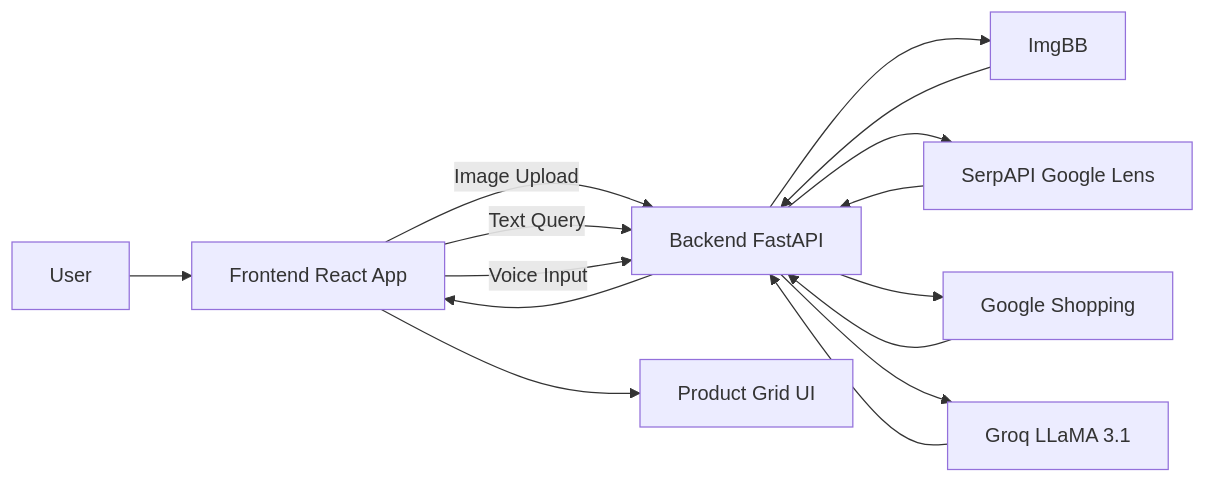
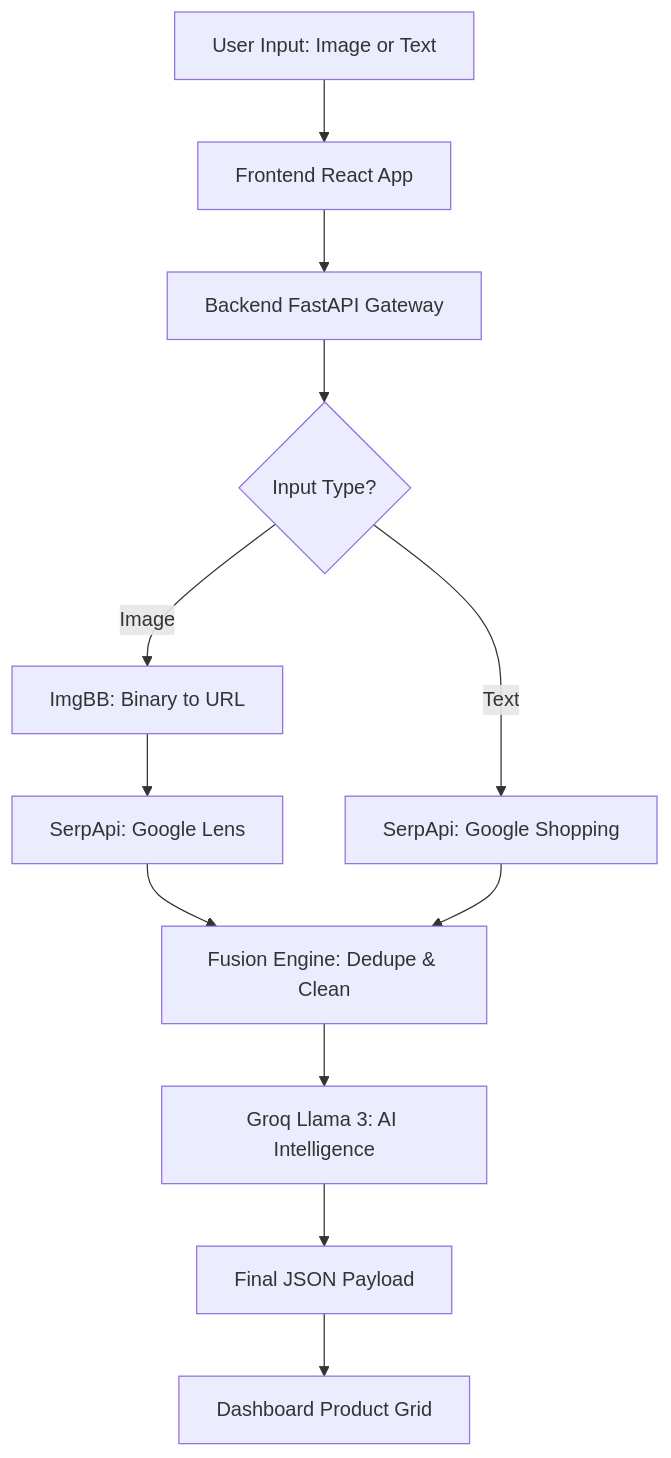
Before and after one commit to shahrozebaig/ShopSight-AI: the first of 4 diagrams in ARCHITECTURE.md, drawn with Mermaid. The commit also changed other lines of this file and 8 other files, not shown here.

````diff
--- a/ARCHITECTURE.md
+++ b/ARCHITECTURE.md
@@ -24,22 +3,18 @@
 ```mermaid
-flowchart LR
-
-U[User] --> F[Frontend React App]
-
-F -->|Image Upload| B1[Backend FastAPI]
-F -->|Text Query| B1
-F -->|Voice Input| B1
-
-B1 --> IMG[ImgBB]
-B1 --> SERP[SerpAPI Google Lens]
-B1 --> SHOP[Google Shopping]
-B1 --> AI[Groq LLaMA 3.1]
-
-IMG --> B1
-SERP --> B1
-SHOP --> B1
-AI --> B1
-
-B1 --> F
-F --> UI[Product Grid UI]
+graph TD
+    USER[User Input: Image or Text] --> FRONT[Frontend React App]
+    FRONT --> BACK[Backend FastAPI Gateway]
+    
+    BACK --> TYPE{Input Type?}
+    
+    TYPE -->|Image| IBB[ImgBB: Binary to URL]
+    IBB --> LENS[SerpApi: Google Lens]
+    LENS --> FUSION
+    
+    TYPE -->|Text| SHOP[SerpApi: Google Shopping]
+    SHOP --> FUSION[Fusion Engine: Dedupe & Clean]
+    
+    FUSION --> AI[Groq Llama 3: AI Intelligence]
+    AI --> RESP[Final JSON Payload]
+    RESP --> UI[Dashboard Product Grid]
 ```
````
